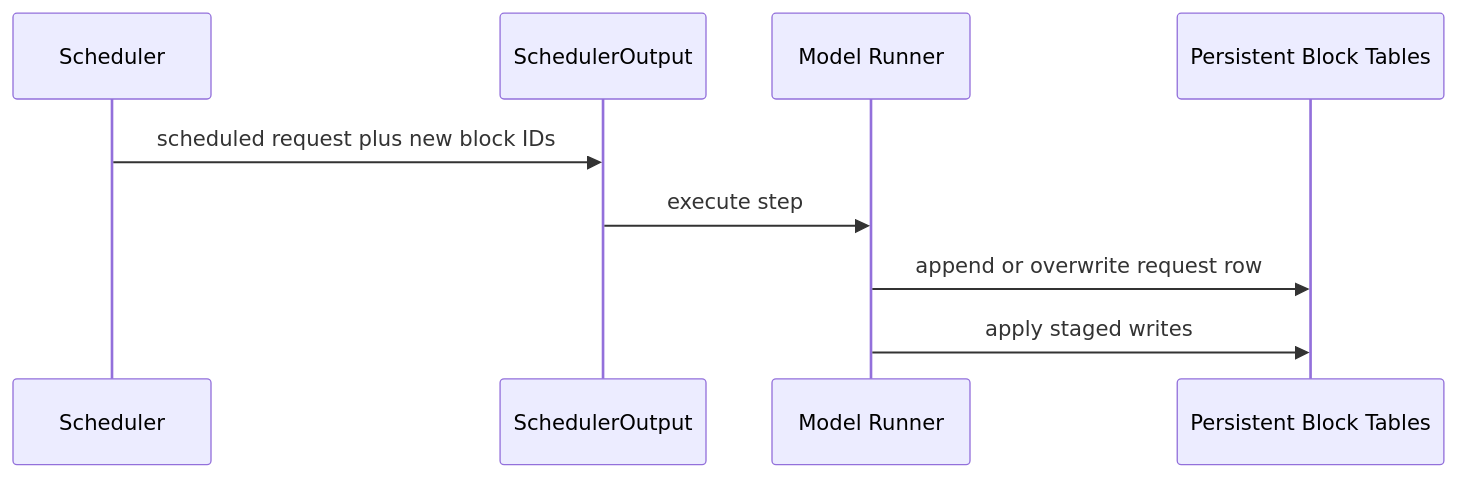
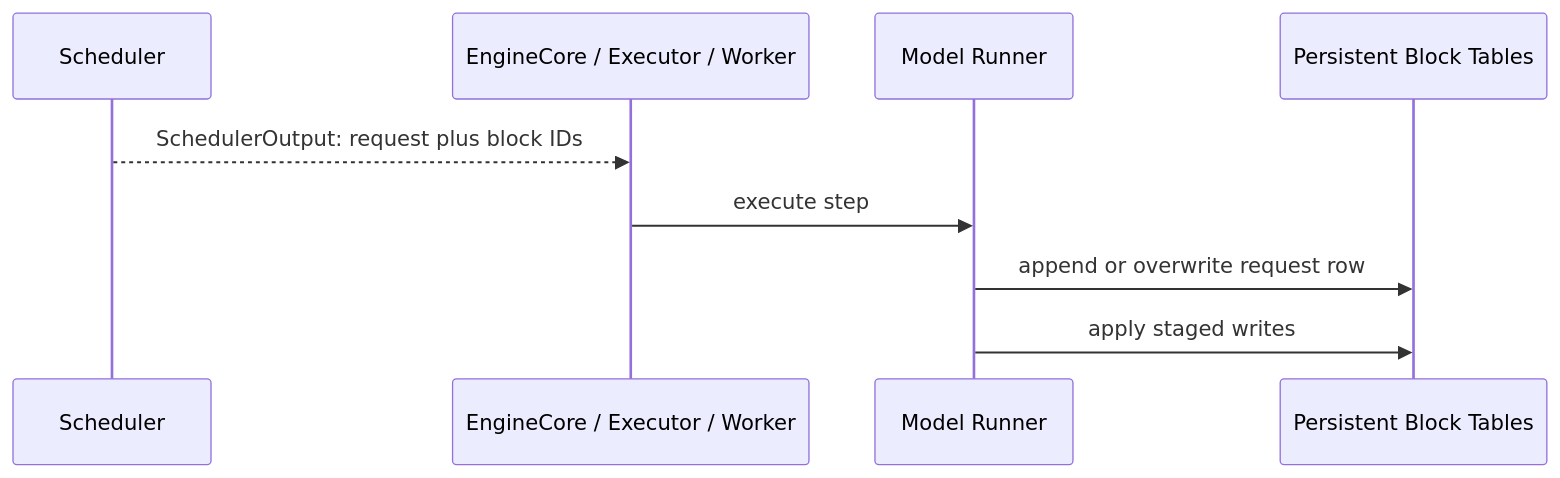
One commit to cluster1900/vllm_reader changed the tenth of 42 diagrams in book/06-paged-attention/README.md. Above: the diagram before and after it, drawn with Mermaid. The commit also changed other lines of this file and 38 other files, not shown here.

````diff
--- a/book/06-paged-attention/README.md
+++ b/book/06-paged-attention/README.md
@@ -350,11 +360,11 @@
 ```mermaid
 sequenceDiagram
     participant S as Scheduler
-    participant O as SchedulerOutput
+    participant O as EngineCore / Executor / Worker
     participant R as Model Runner
     participant T as Persistent Block Tables
-    S->>O: scheduled request plus new block IDs
+    S-->>O: SchedulerOutput: request plus block IDs
     O->>R: execute step
     R->>T: append or overwrite request row
     R->>T: apply staged writes
 ```
````
